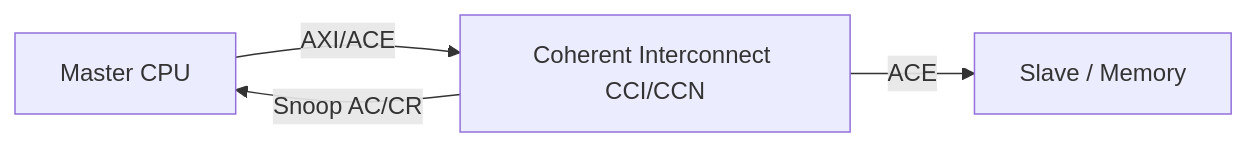
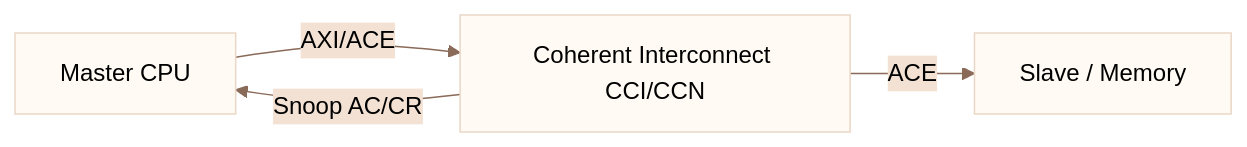
Before and after one commit to muyuzhang29-oss/obsidian-knowledge-base: the diagram in 03-Protocol/ACE-CHI/00-ACE与CHI.md, drawn with Mermaid. The commit also changed 24 other files, not shown here.

Commit message:
Mermaid 浅色主题：适配 iPad 深色渲染

````diff
--- a/03-Protocol/ACE-CHI/00-ACE与CHI.md
+++ b/03-Protocol/ACE-CHI/00-ACE与CHI.md
@@ -44,6 +44,13 @@
 ```mermaid
+%%{init: {'theme':'neutral','themeVariables':{
+  'primaryColor':'#fffaf3','primaryTextColor':'#4a2c22','primaryBorderColor':'#ead7c6',
+  'lineColor':'#8a6a58','secondaryColor':'#f3e2d4','tertiaryColor':'#fffaf3',
+  'background':'#fffdf9','mainBkg':'#fffaf3','nodeBorder':'#ead7c6',
+  'clusterBkg':'#fff7ed','clusterBorder':'#e2cbb8','edgeLabelBackground':'#f3e2d4',
+  'fontFamily':'-apple-system,PingFang SC,Microsoft YaHei,sans-serif'
+}}}%%
 graph LR
   M[Master CPU] -- AXI/ACE --> C[Coherent Interconnect CCI/CCN]
   C -- Snoop AC/CR --> M
   C -- ACE --> S[Slave / Memory]
 ```
````
